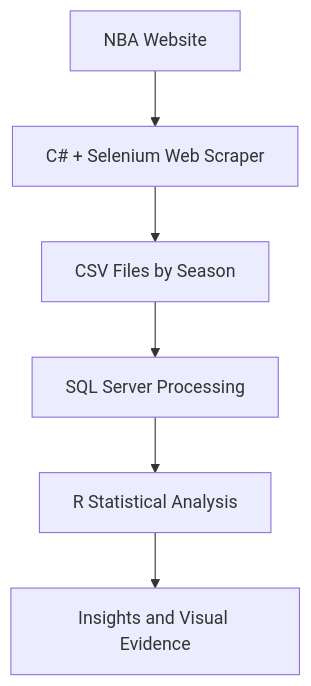
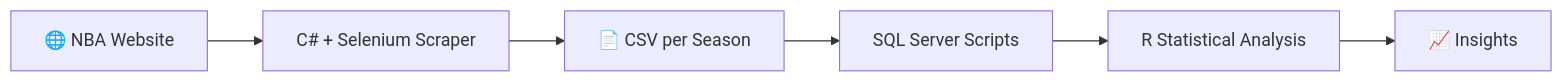
Before and after one commit to GuilhermePires21890/nba-data-platform-reconstruction: the first of 2 diagrams in README.md, drawn with Mermaid. The commit also changed other lines of this file, not shown here.

Commit message:
docs: complete professional README with architecture, dashboards and roadmap

````diff
--- a/README.md
+++ b/README.md
@@ -13,8 +43,8 @@
 ```mermaid
-flowchart TD
-    A[NBA Website] --> B[C# + Selenium Web Scraper]
-    B --> C[CSV Files by Season]
-    C --> D[SQL Server Processing]
+flowchart LR
+    A[🌐 NBA Website] --> B[C# + Selenium Scraper]
+    B --> C[📄 CSV per Season]
+    C --> D[SQL Server Scripts]
     D --> E[R Statistical Analysis]
-    E --> F[Insights and Visual Evidence]
+    E --> F[📈 Insights]
 ```
````
